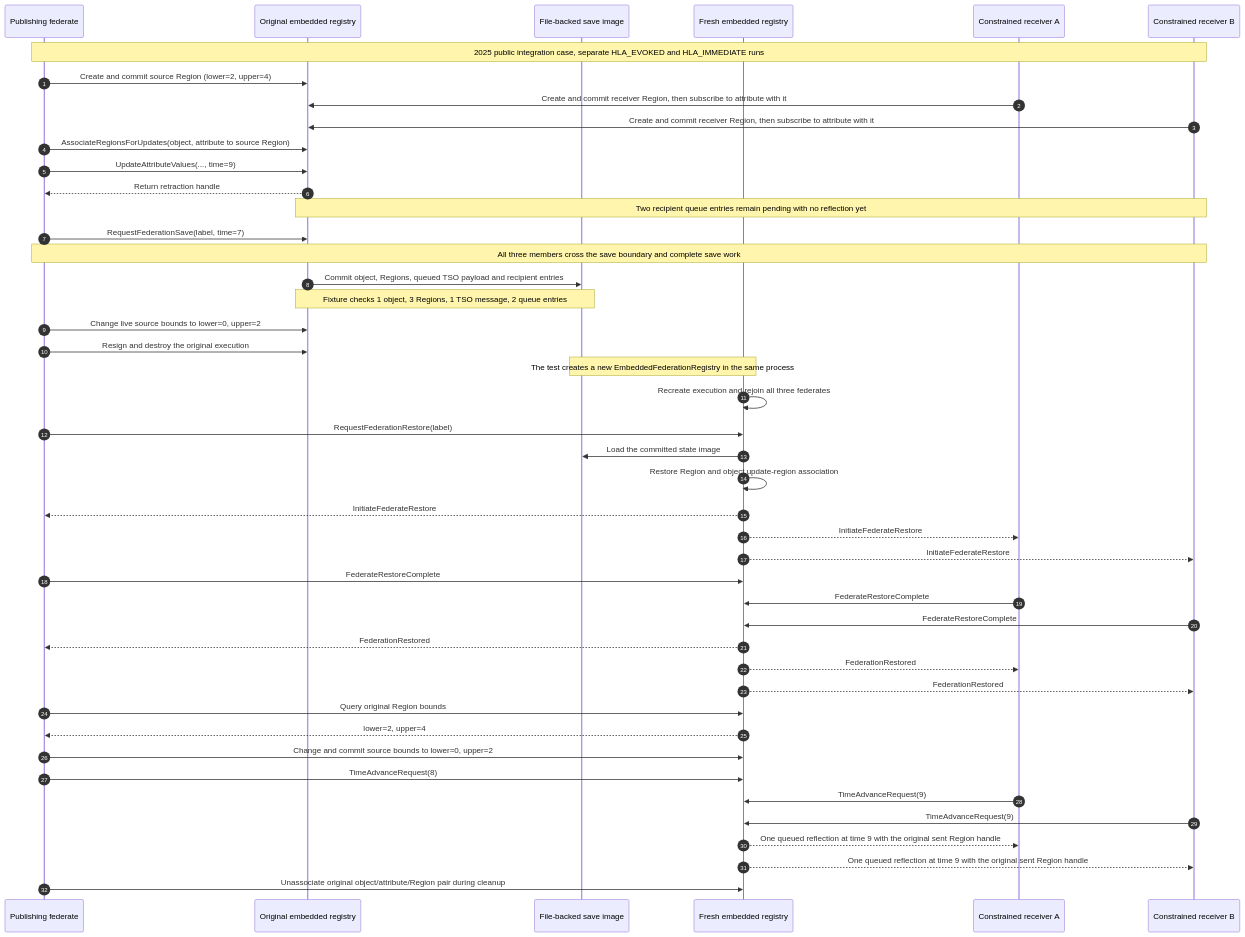
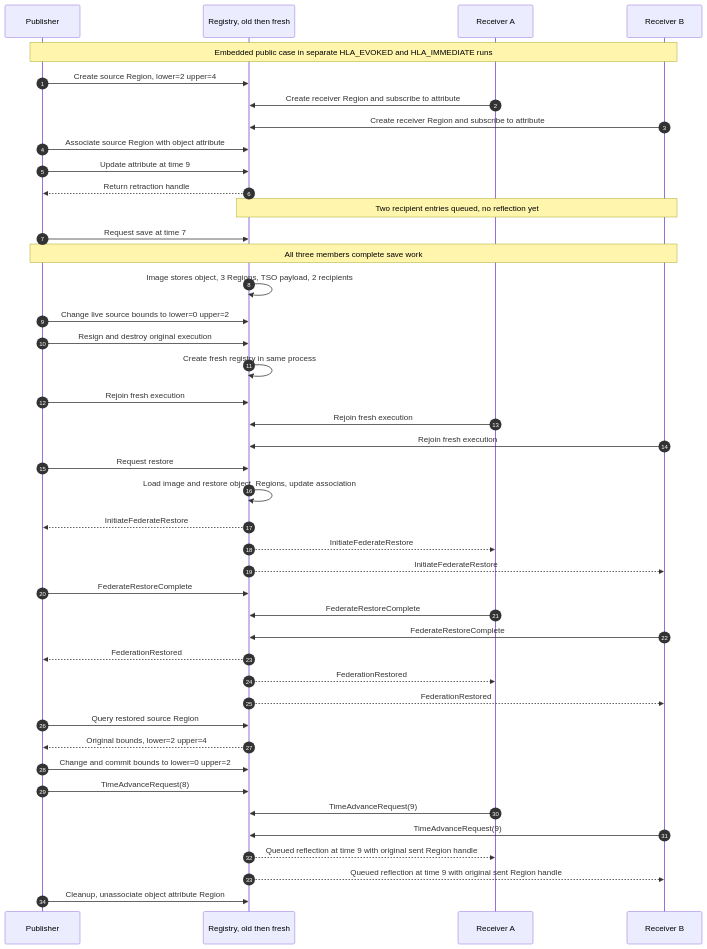
Before and after one commit to sheepfling/umbra: diagram 20 of 33 in docs/design/HLA-2025-FEDERATION-SAVE-RESTORE-FLOW-GUIDE.md, drawn with Mermaid. The commit also changed other lines of this file and 39 other files, not shown here.

Commit message:
Document IEEE 1516.1-2025 behavior flows

````diff
--- a/docs/design/HLA-2025-FEDERATION-SAVE-RESTORE-FLOW-GUIDE.md
+++ b/docs/design/HLA-2025-FEDERATION-SAVE-RESTORE-FLOW-GUIDE.md
@@ -1294,50 +1692,49 @@
 ```mermaid
 sequenceDiagram
   autonumber
-  participant Pub as Publishing federate
-  participant Old as Original embedded registry
-  participant Image as File-backed save image
-  participant Fresh as Fresh embedded registry
-  participant A as Constrained receiver A
-  participant B as Constrained receiver B
+  participant Pub as Publisher
+  participant RTI as Registry, old then fresh
+  participant A as Receiver A
+  participant B as Receiver B
 
-  Note over Pub,B: 2025 public integration case, separate HLA_EVOKED and HLA_IMMEDIATE runs
-  Pub->>Old: Create and commit source Region (lower=2, upper=4)
-  A->>Old: Create and commit receiver Region, then subscribe to attribute with it
-  B->>Old: Create and commit receiver Region, then subscribe to attribute with it
-  Pub->>Old: AssociateRegionsForUpdates(object, attribute to source Region)
-  Pub->>Old: UpdateAttributeValues(..., time=9)
-  Old-->>Pub: Return retraction handle
-  Note over Old,B: Two recipient queue entries remain pending with no reflection yet
-  Pub->>Old: RequestFederationSave(label, time=7)
-  Note over Pub,B: All three members cross the save boundary and complete save work
-  Old->>Image: Commit object, Regions, queued TSO payload and recipient entries
-  Note over Old,Image: Fixture checks 1 object, 3 Regions, 1 TSO message, 2 queue entries
-  Pub->>Old: Change live source bounds to lower=0, upper=2
-  Pub->>Old: Resign and destroy the original execution
+  Note over Pub,B: Embedded public case in separate HLA_EVOKED and HLA_IMMEDIATE runs
+  Pub->>RTI: Create source Region, lower=2 upper=4
+  A->>RTI: Create receiver Region and subscribe to attribute
+  B->>RTI: Create receiver Region and subscribe to attribute
+  Pub->>RTI: Associate source Region with object attribute
+  Pub->>RTI: Update attribute at time 9
+  RTI-->>Pub: Return retraction handle
+  Note over RTI,B: Two recipient entries queued, no reflection yet
 
-  Note over Image,Fresh: The test creates a new EmbeddedFederationRegistry in the same process
-  Fresh->>Fresh: Recreate execution and rejoin all three federates
-  Pub->>Fresh: RequestFederationRestore(label)
-  Fresh->>Image: Load the committed state image
-  Fresh->>Fresh: Restore Region and object update-region association
-  Fresh-->>Pub: InitiateFederateRestore
-  Fresh-->>A: InitiateFederateRestore
-  Fresh-->>B: InitiateFederateRestore
-  Pub->>Fresh: FederateRestoreComplete
-  A->>Fresh: FederateRestoreComplete
-  B->>Fresh: FederateRestoreComplete
-  Fresh-->>Pub: FederationRestored
-  Fresh-->>A: FederationRestored
-  Fresh-->>B: FederationRestored
+  Pub->>RTI: Request save at time 7
+  Note over Pub,B: All three members complete save work
+  RTI->>RTI: Image stores object, 3 Regions, TSO payload, 2 recipients
+  Pub->>RTI: Change live source bounds to lower=0 upper=2
+  Pub->>RTI: Resign and destroy original execution
+  RTI->>RTI: Create fresh registry in same process
+  Pub->>RTI: Rejoin fresh execution
+  A->>RTI: Rejoin fresh execution
+  B->>RTI: Rejoin fresh execution
 
-  Pub->>Fresh: Query original Region bounds
-  Fresh-->>Pub: lower=2, upper=4
-  Pub->>Fresh: Change and commit source bounds to lower=0, upper=2
-  Pub->>Fresh: TimeAdvanceRequest(8)
-  A->>Fresh: TimeAdvanceRequest(9)
-  B->>Fresh: TimeAdvanceRequest(9)
-  Fresh-->>A: One queued reflection at time 9 with the original sent Region handle
-  Fresh-->>B: One queued reflection at time 9 with the original sent Region handle
-  Pub->>Fresh: Unassociate original object/attribute/Region pair during cleanup
+  Pub->>RTI: Request restore
+  RTI->>RTI: Load image and restore object, Regions, update association
+  RTI-->>Pub: InitiateFederateRestore
+  RTI-->>A: InitiateFederateRestore
+  RTI-->>B: InitiateFederateRestore
+  Pub->>RTI: FederateRestoreComplete
+  A->>RTI: FederateRestoreComplete
+  B->>RTI: FederateRestoreComplete
+  RTI-->>Pub: FederationRestored
+  RTI-->>A: FederationRestored
+  RTI-->>B: FederationRestored
+
+  Pub->>RTI: Query restored source Region
+  RTI-->>Pub: Original bounds, lower=2 upper=4
+  Pub->>RTI: Change and commit bounds to lower=0 upper=2
+  Pub->>RTI: TimeAdvanceRequest(8)
+  A->>RTI: TimeAdvanceRequest(9)
+  B->>RTI: TimeAdvanceRequest(9)
+  RTI-->>A: Queued reflection at time 9 with original sent Region handle
+  RTI-->>B: Queued reflection at time 9 with original sent Region handle
+  Pub->>RTI: Cleanup, unassociate object attribute Region
 ```
````
